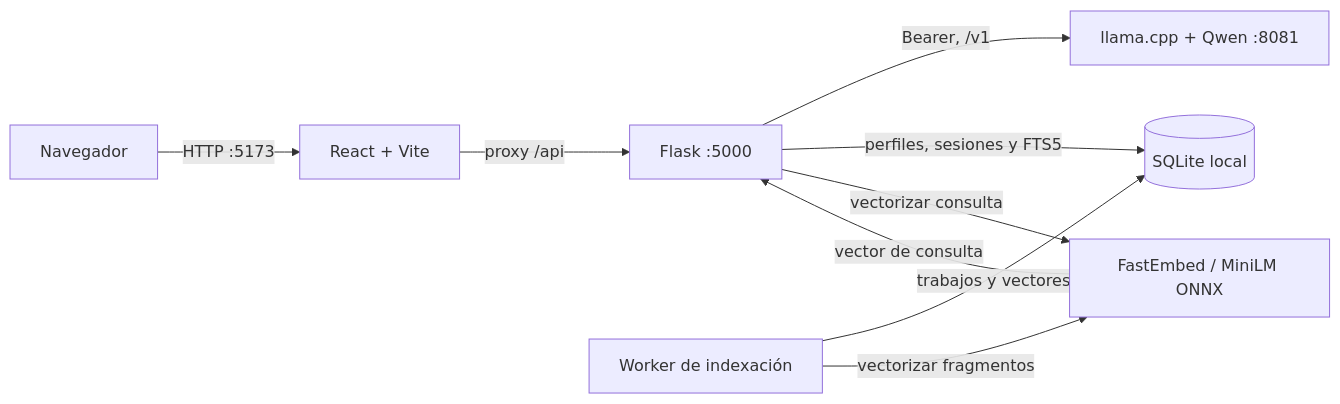
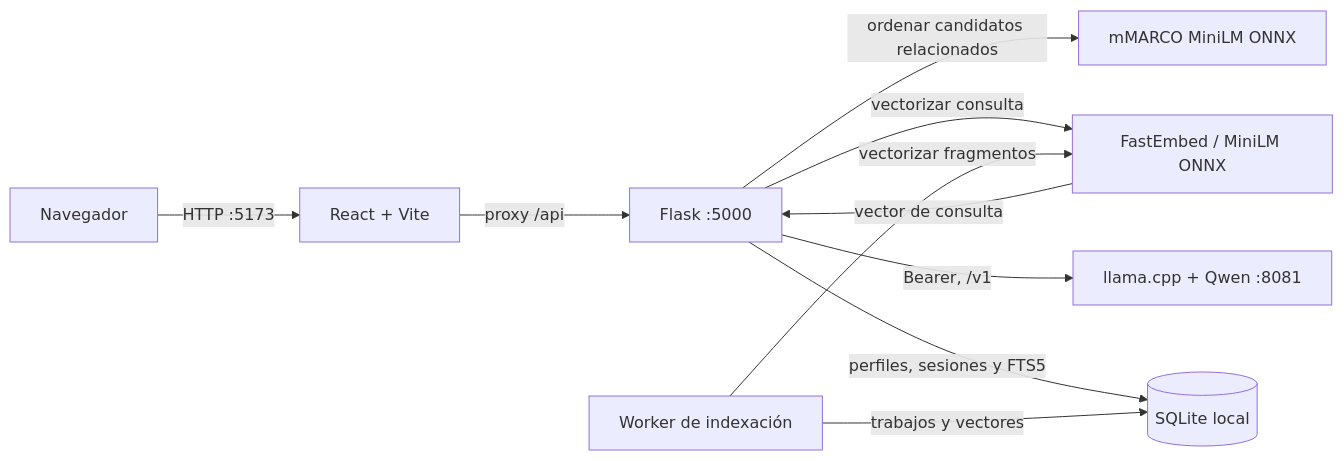
One commit to NebyX1/jobkler-public-quien-uy changed the first of 5 diagrams in docs/Arquitectura-Actual.md. Above: the diagram before and after it, drawn with Mermaid. The commit also changed other lines of this file and 29 other files, not shown here.

````diff
--- a/docs/Arquitectura-Actual.md
+++ b/docs/Arquitectura-Actual.md
@@ -7,11 +7,12 @@
 ```mermaid
 flowchart LR
     Browser["Navegador"] -->|"HTTP :5173"| Vite["React + Vite"]
     Vite -->|"proxy /api"| Flask["Flask :5000"]
     Flask -->|"Bearer, /v1"| Qwen["llama.cpp + Qwen :8081"]
     Flask -->|"perfiles, sesiones y FTS5"| DB[("SQLite local")]
     Flask -->|"vectorizar consulta"| Embed["FastEmbed / MiniLM ONNX"]
     Embed -->|"vector de consulta"| Flask
+    Flask -->|"ordenar candidatos relacionados"| Rerank["mMARCO MiniLM ONNX"]
     Worker["Worker de indexación"] -->|"trabajos y vectores"| DB
     Worker -->|"vectorizar fragmentos"| Embed
 ```
````
